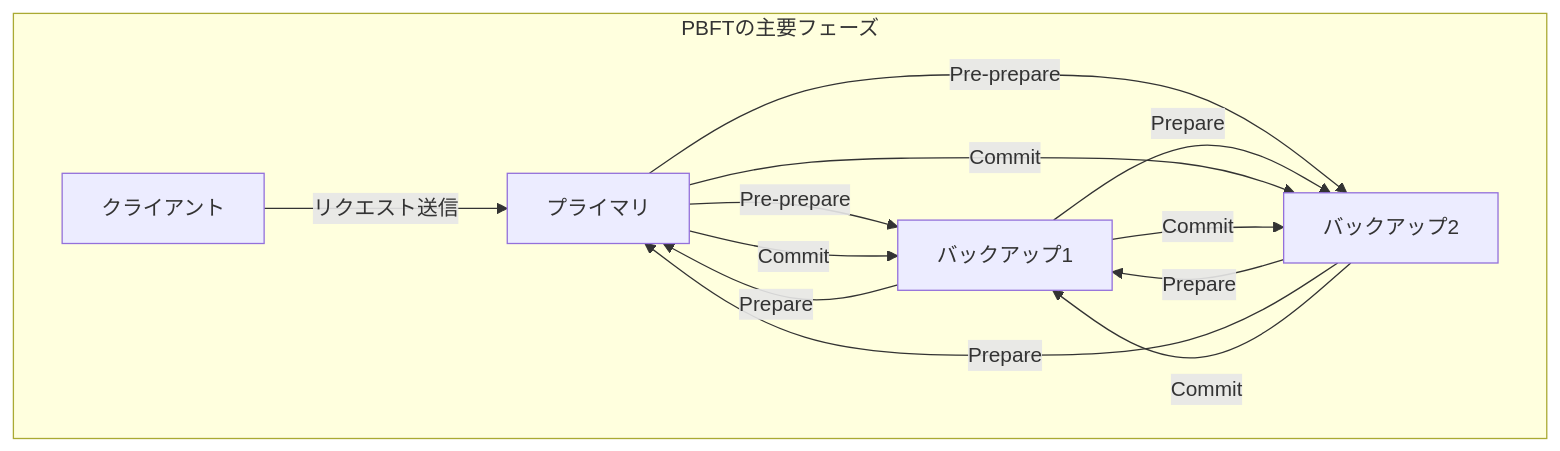
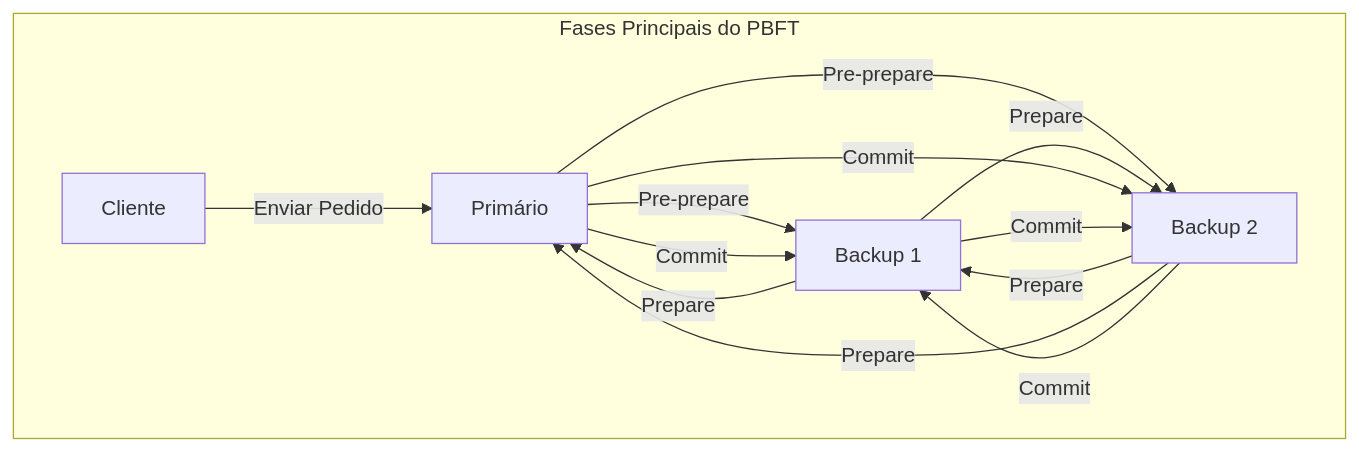
One commit to kenjinote/blog changed the fourth of 4 diagrams in content/post/byzantine-generals-problem/index.pt.md. Above: the diagram before and after it, drawn with Mermaid. The commit also changed other lines of this file and 28 other files, not shown here.

Commit message:
Translate Japanese text inside Mermaid diagrams to respective languages

````diff
--- a/content/post/byzantine-generals-problem/index.pt.md
+++ b/content/post/byzantine-generals-problem/index.pt.md
@@ -131,16 +131,16 @@
 ```mermaid
 graph TD
-subgraph "PBFTの主要フェーズ"
-    C["クライアント"] -->|"リクエスト送信"| P["プライマリ"]
-    P -->|"Pre-prepare"| B1["バックアップ1"]
-    P -->|"Pre-prepare"| B2["バックアップ2"]
+subgraph "Fases Principais do PBFT"
+    C["Cliente"] -->|"Enviar Pedido"| P["Primário"]
+    P -->|"Pre-prepare"| B1["Backup 1"]
+    P -->|"Pre-prepare"| B2["Backup 2"]
     B1 -->|"Prepare"| B2
     B2 -->|"Prepare"| B1
     B1 -->|"Prepare"| P
     B2 -->|"Prepare"| P
     P -->|"Commit"| B1
     P -->|"Commit"| B2
     B1 -->|"Commit"| B2
     B2 -->|"Commit"| B1
 end
 ```
````
